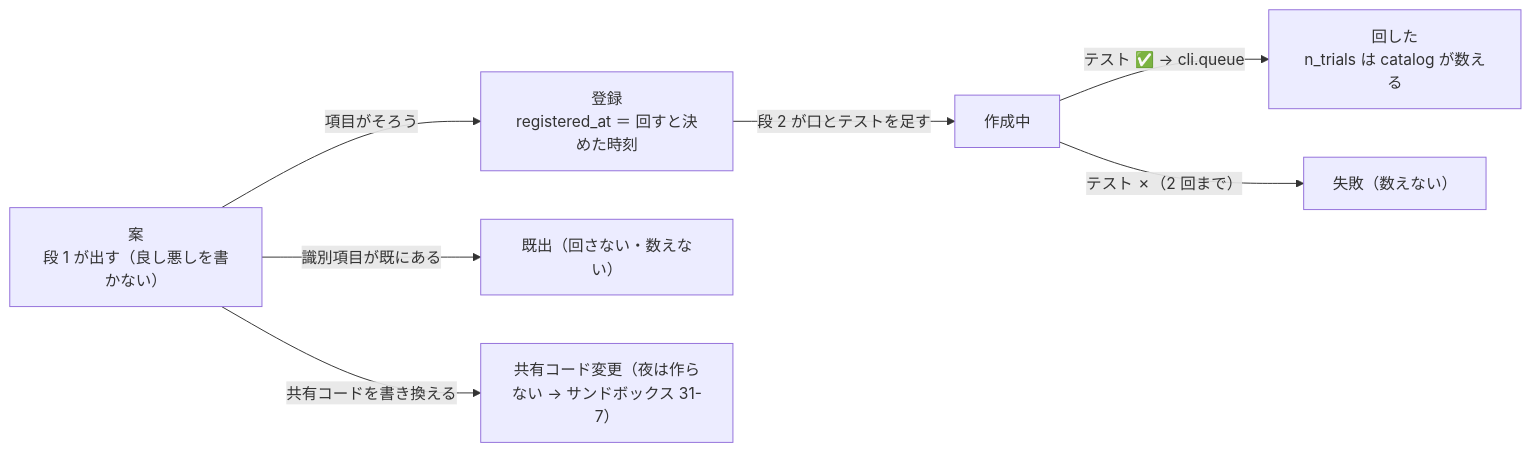
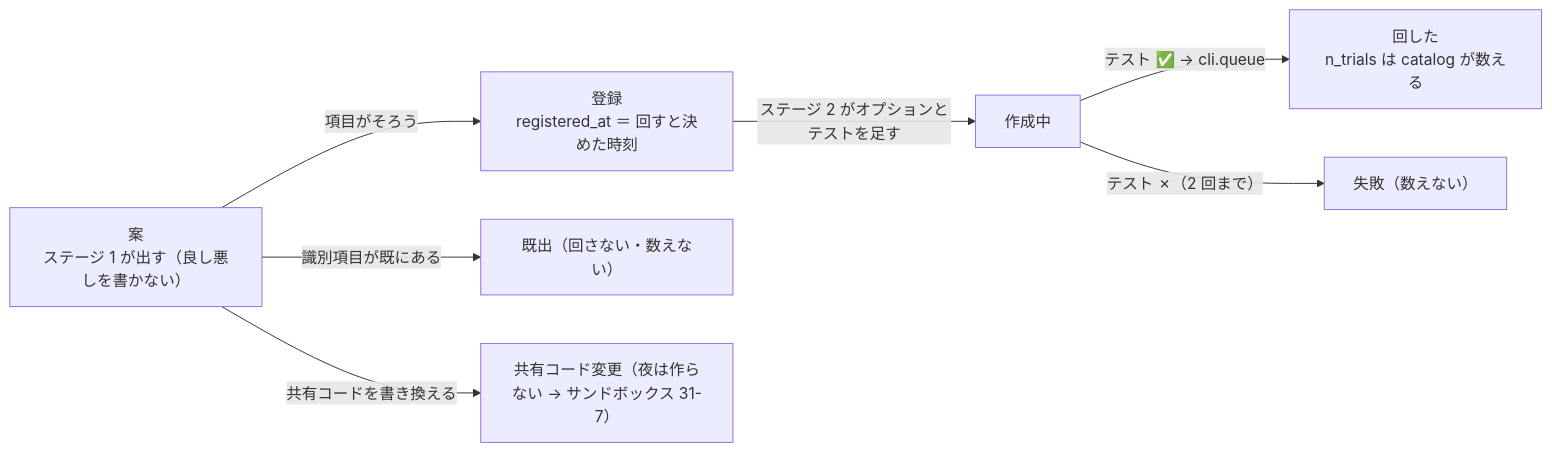
Before and after one commit to akiraak/ai-income-lab: diagram 35 of 38 in docs/specs/experiments/feature-discovery/rules.md, drawn with Mermaid. The commit also changed other lines of this file and 45 other files, not shown here.

````diff
--- a/docs/specs/experiments/feature-discovery/rules.md
+++ b/docs/specs/experiments/feature-discovery/rules.md
@@ -2147,9 +2147,9 @@
 ```mermaid
 flowchart LR
-  A["案<br/>段 1 が出す（良し悪しを書かない）"] -->|"項目がそろう"| R["登録<br/>registered_at ＝ 回すと決めた時刻"]
-  R -->|"段 2 が口とテストを足す"| B["作成中"]
+  A["案<br/>ステージ 1 が出す（良し悪しを書かない）"] -->|"項目がそろう"| R["登録<br/>registered_at ＝ 回すと決めた時刻"]
+  R -->|"ステージ 2 がオプションとテストを足す"| B["作成中"]
   B -->|"テスト ✅ → cli.queue"| D["回した<br/>n_trials は catalog が数える"]
   B -->|"テスト ✗（2 回まで）"| F["失敗（数えない）"]
   A -->|"識別項目が既にある"| X["既出（回さない・数えない）"]
   A -->|"共有コードを書き換える"| H["共有コード変更（夜は作らない → サンドボックス 31-7）"]
 ```
````
